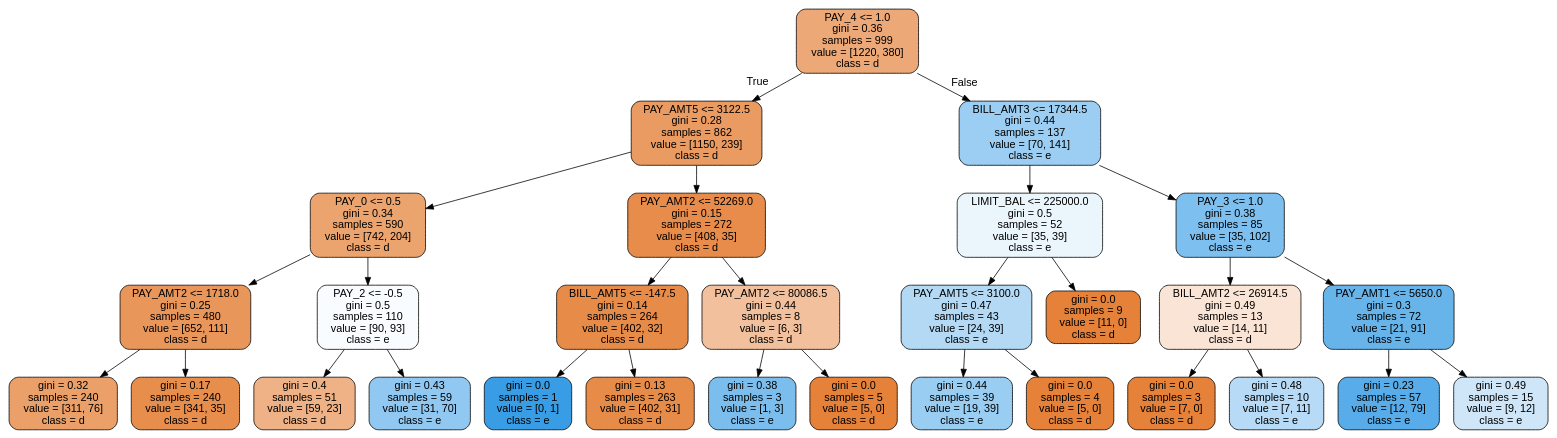
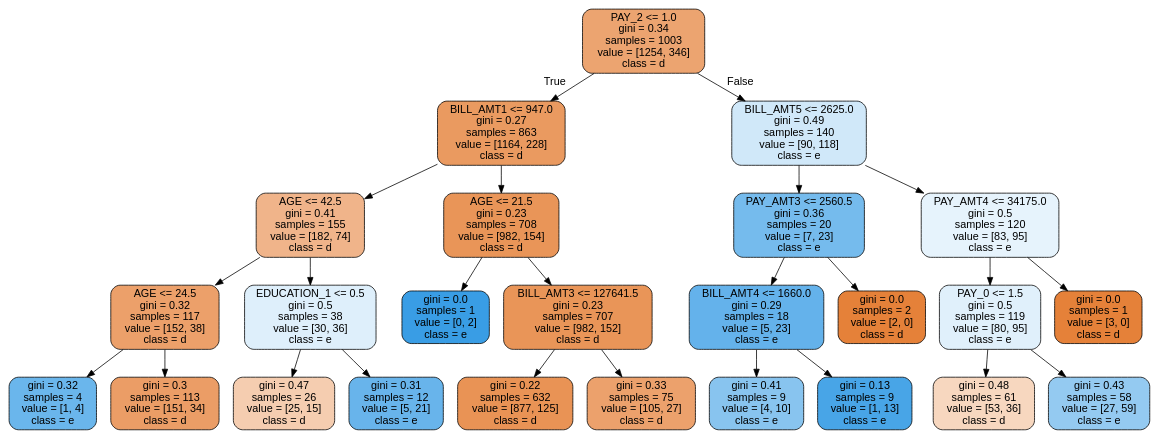
The diagram in tree.dot (sbeau/Hyperparameter-Tuning-in-Python), drawn with Graphviz before and after one commit.

```diff
--- a/tree.dot
+++ b/tree.dot
@@ -1,61 +1,53 @@
 digraph Tree {
 node [shape=box, style="filled, rounded", color="black", fontname=helvetica] ;
 edge [fontname=helvetica] ;
-0 [label="PAY_4 <= 1.0\ngini = 0.36\nsamples = 999\nvalue = [1220, 380]\nclass = d", fillcolor="#eda877"] ;
-1 [label="PAY_AMT5 <= 3122.5\ngini = 0.28\nsamples = 862\nvalue = [1150, 239]\nclass = d", fillcolor="#ea9b62"] ;
+0 [label="PAY_2 <= 1.0\ngini = 0.34\nsamples = 1003\nvalue = [1254, 346]\nclass = d", fillcolor="#eca470"] ;
+1 [label="BILL_AMT1 <= 947.0\ngini = 0.27\nsamples = 863\nvalue = [1164, 228]\nclass = d", fillcolor="#ea9a60"] ;
 0 -> 1 [labeldistance=2.5, labelangle=45, headlabel="True"] ;
-2 [label="PAY_0 <= 0.5\ngini = 0.34\nsamples = 590\nvalue = [742, 204]\nclass = d", fillcolor="#eca46f"] ;
+2 [label="AGE <= 42.5\ngini = 0.41\nsamples = 155\nvalue = [182, 74]\nclass = d", fillcolor="#f0b48a"] ;
 1 -> 2 ;
-3 [label="PAY_AMT2 <= 1718.0\ngini = 0.25\nsamples = 480\nvalue = [652, 111]\nclass = d", fillcolor="#e9965b"] ;
+3 [label="AGE <= 24.5\ngini = 0.32\nsamples = 117\nvalue = [152, 38]\nclass = d", fillcolor="#eca06a"] ;
 2 -> 3 ;
-4 [label="gini = 0.32\nsamples = 240\nvalue = [311, 76]\nclass = d", fillcolor="#eba069"] ;
+4 [label="gini = 0.32\nsamples = 4\nvalue = [1, 4]\nclass = e", fillcolor="#6ab6ec"] ;
 3 -> 4 ;
-5 [label="gini = 0.17\nsamples = 240\nvalue = [341, 35]\nclass = d", fillcolor="#e88e4d"] ;
+5 [label="gini = 0.3\nsamples = 113\nvalue = [151, 34]\nclass = d", fillcolor="#eb9d66"] ;
 3 -> 5 ;
-6 [label="PAY_2 <= -0.5\ngini = 0.5\nsamples = 110\nvalue = [90, 93]\nclass = e", fillcolor="#f9fcfe"] ;
+6 [label="EDUCATION_1 <= 0.5\ngini = 0.5\nsamples = 38\nvalue = [30, 36]\nclass = e", fillcolor="#deeffb"] ;
 2 -> 6 ;
-7 [label="gini = 0.4\nsamples = 51\nvalue = [59, 23]\nclass = d", fillcolor="#efb286"] ;
+7 [label="gini = 0.47\nsamples = 26\nvalue = [25, 15]\nclass = d", fillcolor="#f5cdb0"] ;
 6 -> 7 ;
-8 [label="gini = 0.43\nsamples = 59\nvalue = [31, 70]\nclass = e", fillcolor="#91c8f1"] ;
+8 [label="gini = 0.31\nsamples = 12\nvalue = [5, 21]\nclass = e", fillcolor="#68b4eb"] ;
 6 -> 8 ;
-9 [label="PAY_AMT2 <= 52269.0\ngini = 0.15\nsamples = 272\nvalue = [408, 35]\nclass = d", fillcolor="#e78c4a"] ;
+9 [label="AGE <= 21.5\ngini = 0.23\nsamples = 708\nvalue = [982, 154]\nclass = d", fillcolor="#e99558"] ;
 1 -> 9 ;
-10 [label="BILL_AMT5 <= -147.5\ngini = 0.14\nsamples = 264\nvalue = [402, 32]\nclass = d", fillcolor="#e78b49"] ;
+10 [label="gini = 0.0\nsamples = 1\nvalue = [0, 2]\nclass = e", fillcolor="#399de5"] ;
 9 -> 10 ;
-11 [label="gini = 0.0\nsamples = 1\nvalue = [0, 1]\nclass = e", fillcolor="#399de5"] ;
-10 -> 11 ;
-12 [label="gini = 0.13\nsamples = 263\nvalue = [402, 31]\nclass = d", fillcolor="#e78b48"] ;
-10 -> 12 ;
-13 [label="PAY_AMT2 <= 80086.5\ngini = 0.44\nsamples = 8\nvalue = [6, 3]\nclass = d", fillcolor="#f2c09c"] ;
-9 -> 13 ;
-14 [label="gini = 0.38\nsamples = 3\nvalue = [1, 3]\nclass = e", fillcolor="#7bbeee"] ;
-13 -> 14 ;
-15 [label="gini = 0.0\nsamples = 5\nvalue = [5, 0]\nclass = d", fillcolor="#e58139"] ;
-13 -> 15 ;
-16 [label="BILL_AMT3 <= 17344.5\ngini = 0.44\nsamples = 137\nvalue = [70, 141]\nclass = e", fillcolor="#9bcef2"] ;
-0 -> 16 [labeldistance=2.5, labelangle=-45, headlabel="False"] ;
-17 [label="LIMIT_BAL <= 225000.0\ngini = 0.5\nsamples = 52\nvalue = [35, 39]\nclass = e", fillcolor="#ebf5fc"] ;
+11 [label="BILL_AMT3 <= 127641.5\ngini = 0.23\nsamples = 707\nvalue = [982, 152]\nclass = d", fillcolor="#e99558"] ;
+9 -> 11 ;
+12 [label="gini = 0.22\nsamples = 632\nvalue = [877, 125]\nclass = d", fillcolor="#e99355"] ;
+11 -> 12 ;
+13 [label="gini = 0.33\nsamples = 75\nvalue = [105, 27]\nclass = d", fillcolor="#eca16c"] ;
+11 -> 13 ;
+14 [label="BILL_AMT5 <= 2625.0\ngini = 0.49\nsamples = 140\nvalue = [90, 118]\nclass = e", fillcolor="#d0e8f9"] ;
+0 -> 14 [labeldistance=2.5, labelangle=-45, headlabel="False"] ;
+15 [label="PAY_AMT3 <= 2560.5\ngini = 0.36\nsamples = 20\nvalue = [7, 23]\nclass = e", fillcolor="#75bbed"] ;
+14 -> 15 ;
+16 [label="BILL_AMT4 <= 1660.0\ngini = 0.29\nsamples = 18\nvalue = [5, 23]\nclass = e", fillcolor="#64b2eb"] ;
+15 -> 16 ;
+17 [label="gini = 0.41\nsamples = 9\nvalue = [4, 10]\nclass = e", fillcolor="#88c4ef"] ;
 16 -> 17 ;
-18 [label="PAY_AMT5 <= 3100.0\ngini = 0.47\nsamples = 43\nvalue = [24, 39]\nclass = e", fillcolor="#b3d9f5"] ;
-17 -> 18 ;
-19 [label="gini = 0.44\nsamples = 39\nvalue = [19, 39]\nclass = e", fillcolor="#99cdf2"] ;
-18 -> 19 ;
-20 [label="gini = 0.0\nsamples = 4\nvalue = [5, 0]\nclass = d", fillcolor="#e58139"] ;
-18 -> 20 ;
-21 [label="gini = 0.0\nsamples = 9\nvalue = [11, 0]\nclass = d", fillcolor="#e58139"] ;
-17 -> 21 ;
-22 [label="PAY_3 <= 1.0\ngini = 0.38\nsamples = 85\nvalue = [35, 102]\nclass = e", fillcolor="#7dbfee"] ;
-16 -> 22 ;
-23 [label="BILL_AMT2 <= 26914.5\ngini = 0.49\nsamples = 13\nvalue = [14, 11]\nclass = d", fillcolor="#f9e4d5"] ;
-22 -> 23 ;
-24 [label="gini = 0.0\nsamples = 3\nvalue = [7, 0]\nclass = d", fillcolor="#e58139"] ;
-23 -> 24 ;
-25 [label="gini = 0.48\nsamples = 10\nvalue = [7, 11]\nclass = e", fillcolor="#b7dbf6"] ;
-23 -> 25 ;
-26 [label="PAY_AMT1 <= 5650.0\ngini = 0.3\nsamples = 72\nvalue = [21, 91]\nclass = e", fillcolor="#67b4eb"] ;
-22 -> 26 ;
-27 [label="gini = 0.23\nsamples = 57\nvalue = [12, 79]\nclass = e", fillcolor="#57ace9"] ;
-26 -> 27 ;
-28 [label="gini = 0.49\nsamples = 15\nvalue = [9, 12]\nclass = e", fillcolor="#cee6f8"] ;
-26 -> 28 ;
+18 [label="gini = 0.13\nsamples = 9\nvalue = [1, 13]\nclass = e", fillcolor="#48a5e7"] ;
+16 -> 18 ;
+19 [label="gini = 0.0\nsamples = 2\nvalue = [2, 0]\nclass = d", fillcolor="#e58139"] ;
+15 -> 19 ;
+20 [label="PAY_AMT4 <= 34175.0\ngini = 0.5\nsamples = 120\nvalue = [83, 95]\nclass = e", fillcolor="#e6f3fc"] ;
+14 -> 20 ;
+21 [label="PAY_0 <= 1.5\ngini = 0.5\nsamples = 119\nvalue = [80, 95]\nclass = e", fillcolor="#e0f0fb"] ;
+20 -> 21 ;
+22 [label="gini = 0.48\nsamples = 61\nvalue = [53, 36]\nclass = d", fillcolor="#f7d7bf"] ;
+21 -> 22 ;
+23 [label="gini = 0.43\nsamples = 58\nvalue = [27, 59]\nclass = e", fillcolor="#94caf1"] ;
+21 -> 23 ;
+24 [label="gini = 0.0\nsamples = 1\nvalue = [3, 0]\nclass = d", fillcolor="#e58139"] ;
+20 -> 24 ;
 }
```
